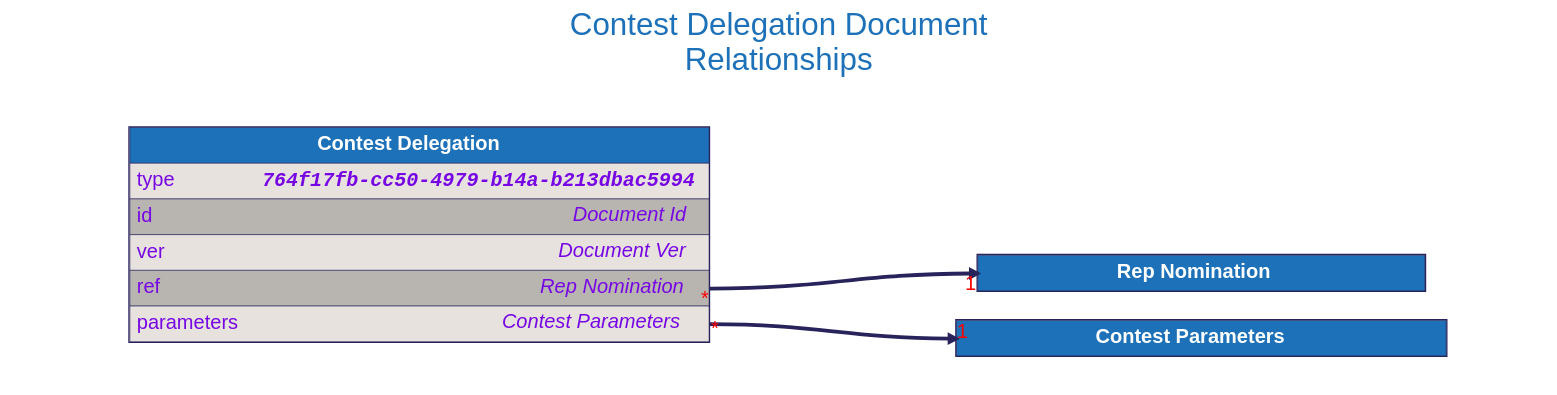
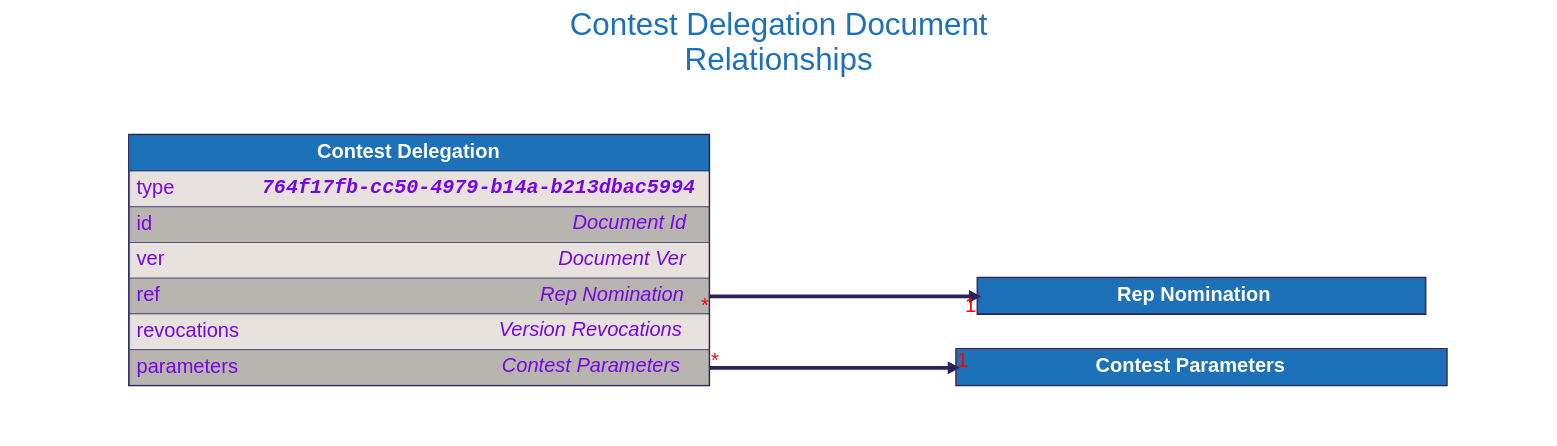
The diagram in docs/src/architecture/08_concepts/signed_doc/diagrams/contest_delegation.dot (input-output-hk/catalyst-libs), drawn with Graphviz before and after one commit. The commit also changed 7 other files, not shown here.

```diff
--- a/docs/src/architecture/08_concepts/signed_doc/diagrams/contest_delegation.dot
+++ b/docs/src/architecture/08_concepts/signed_doc/diagrams/contest_delegation.dot
@@ -1,113 +1,123 @@
 digraph "Contest Delegation" {
     rankdir="LR"
     graph [fontname="helvetica", fontsize="32", fontcolor="#29235c", bgcolor="white"];
     node [penwidth="0", margin="0", fontname="helvetica", fontsize="32", fontcolor="#29235c"];
     edge [fontname="helvetica", fontsize="32", fontcolor="red", color="#29235c"];
 
     labelloc="t"
     label="Contest Delegation Document
 Relationships"
     fontcolor="#1d71b8"
     fontsize=50
     compound=true
 
 
 
     "Rep Nomination" [
         id="Rep Nomination";
         label=<
             <TABLE BORDER="2" COLOR="#29235c" CELLBORDER="1" CELLSPACING="0" CELLPADDING="10">
             <TR>
                 <TD PORT="title" BGCOLOR="#1d71b8" HREF="../rep_nomination/">
                     <FONT COLOR="#ffffff"><B> Rep Nomination </B></FONT>
                 </TD>
             </TR>
 
             </TABLE>
         >
     ];
 
 
     "Contest Parameters" [
         id="Contest Parameters";
         label=<
             <TABLE BORDER="2" COLOR="#29235c" CELLBORDER="1" CELLSPACING="0" CELLPADDING="10">
             <TR>
                 <TD PORT="title" BGCOLOR="#1d71b8" HREF="../contest_parameters/">
                     <FONT COLOR="#ffffff"><B> Contest Parameters </B></FONT>
                 </TD>
             </TR>
 
             </TABLE>
         >
     ];
 
 
     "Contest Delegation" [
         id="Contest Delegation";
         label=<
             <TABLE BORDER="2" COLOR="#29235c" CELLBORDER="1" CELLSPACING="0" CELLPADDING="10">
             <TR>
                 <TD PORT="title" BGCOLOR="#1d71b8" HREF="../contest_delegation/">
                     <FONT COLOR="#ffffff"><B> Contest Delegation </B></FONT>
                 </TD>
             </TR>
             <TR>
                 <TD ALIGN="LEFT" PORT="type" BGCOLOR="#e7e2dd">
                     <TABLE CELLPADDING="0" CELLSPACING="0" BORDER="0">
                         <TR>
                             <TD ALIGN="LEFT" VALIGN="TOP" WIDTH="200"><FONT COLOR="#7706E5">type</FONT></TD>
                             <TD ALIGN="RIGHT"><FONT FACE="Courier" COLOR="#7706E5"><B><I>764f17fb-cc50-4979-b14a-b213dbac5994</I></B></FONT></TD>
                         </TR>
                     </TABLE>
                 </TD>
             </TR>
             <TR>
                 <TD ALIGN="LEFT" PORT="id" BGCOLOR="#b8b5b0">
                     <TABLE CELLPADDING="0" CELLSPACING="0" BORDER="0">
                         <TR>
                             <TD ALIGN="LEFT" VALIGN="TOP" WIDTH="200"><FONT COLOR="#7706E5">id</FONT></TD>
                             <TD ALIGN="RIGHT"><FONT COLOR="#7706E5"><I>Document Id</I></FONT></TD>
                         </TR>
                     </TABLE>
                 </TD>
             </TR>
             <TR>
                 <TD ALIGN="LEFT" PORT="ver" BGCOLOR="#e7e2dd">
                     <TABLE CELLPADDING="0" CELLSPACING="0" BORDER="0">
                         <TR>
                             <TD ALIGN="LEFT" VALIGN="TOP" WIDTH="200"><FONT COLOR="#7706E5">ver</FONT></TD>
                             <TD ALIGN="RIGHT"><FONT COLOR="#7706E5"><I>Document Ver</I></FONT></TD>
                         </TR>
                     </TABLE>
                 </TD>
             </TR>
             <TR>
                 <TD ALIGN="LEFT" PORT="ref" BGCOLOR="#b8b5b0">
                     <TABLE CELLPADDING="0" CELLSPACING="0" BORDER="0">
                         <TR>
                             <TD ALIGN="LEFT" VALIGN="TOP" WIDTH="200"><FONT COLOR="#7706E5">ref</FONT></TD>
                             <TD ALIGN="RIGHT"><FONT COLOR="#7706E5"><I>Rep Nomination</I></FONT></TD>
                         </TR>
                     </TABLE>
                 </TD>
             </TR>
             <TR>
-                <TD ALIGN="LEFT" PORT="parameters" BGCOLOR="#e7e2dd">
+                <TD ALIGN="LEFT" PORT="revocations" BGCOLOR="#e7e2dd">
+                    <TABLE CELLPADDING="0" CELLSPACING="0" BORDER="0">
+                        <TR>
+                            <TD ALIGN="LEFT" VALIGN="TOP" WIDTH="200"><FONT COLOR="#7706E5">revocations</FONT></TD>
+                            <TD ALIGN="RIGHT"><FONT COLOR="#7706E5"><I>Version Revocations</I></FONT></TD>
+                        </TR>
+                    </TABLE>
+                </TD>
+            </TR>
+            <TR>
+                <TD ALIGN="LEFT" PORT="parameters" BGCOLOR="#b8b5b0">
                     <TABLE CELLPADDING="0" CELLSPACING="0" BORDER="0">
                         <TR>
                             <TD ALIGN="LEFT" VALIGN="TOP" WIDTH="200"><FONT COLOR="#7706E5">parameters</FONT></TD>
                             <TD ALIGN="RIGHT"><FONT COLOR="#7706E5"><I>Contest Parameters</I></FONT></TD>
                         </TR>
                     </TABLE>
                 </TD>
             </TR>
 
             </TABLE>
         >
     ];
 
 
     "Contest Delegation":"ref":e -> "Rep Nomination":"title":w [dir=forward, penwidth=6, color="#29235c", headlabel="1", taillabel="*"]
     "Contest Delegation":"parameters":e -> "Contest Parameters":"title":w [dir=forward, penwidth=6, color="#29235c", headlabel="1", taillabel="*"]
 }
```
